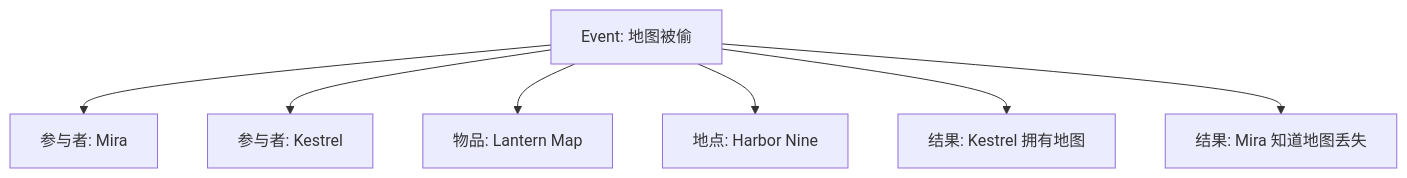
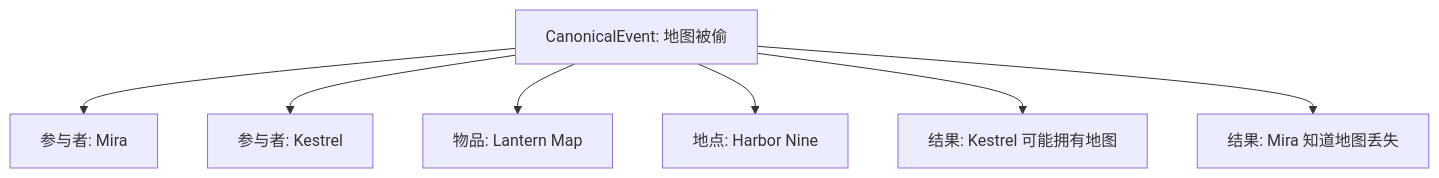
One commit to FrankQDWang/sextantlabs changed the sixth of 6 diagrams in goals/00-design-principles.md. Above: the diagram before and after it, drawn with Mermaid. The commit also changed other lines of this file and 16 other files, not shown here.

````diff
--- a/goals/00-design-principles.md
+++ b/goals/00-design-principles.md
@@ -138,9 +139,9 @@
 ```mermaid
 flowchart TD
-    A[Event: 地图被偷] --> B[参与者: Mira]
+    A[CanonicalEvent: 地图被偷] --> B[参与者: Mira]
     A --> C[参与者: Kestrel]
     A --> D[物品: Lantern Map]
     A --> E[地点: Harbor Nine]
-    A --> F[结果: Kestrel 拥有地图]
+    A --> F[结果: Kestrel 可能拥有地图]
     A --> G[结果: Mira 知道地图丢失]
 ```
````
